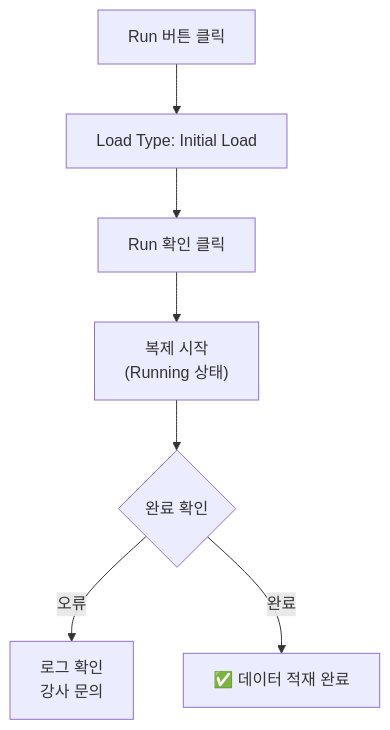
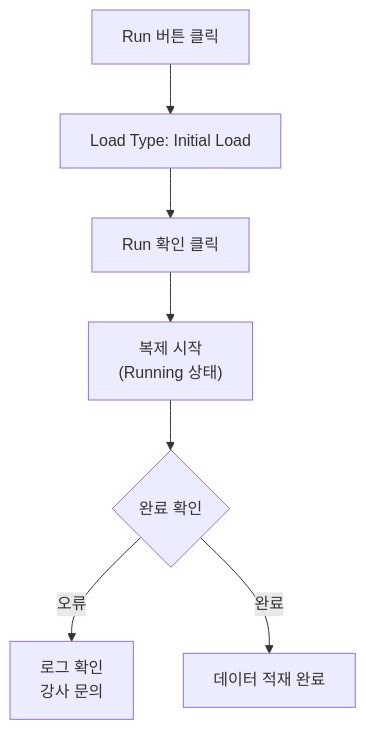
One commit to youngseols925/sap-datasphere-bdc-workshop changed the fourth of 6 diagrams in labs/lab2-replication-flow.md. Above: the diagram before and after it, drawn with Mermaid. The commit also changed other lines of this file and 5 other files, not shown here.

````diff
--- a/labs/lab2-replication-flow.md
+++ b/labs/lab2-replication-flow.md
@@ -105,9 +107,9 @@
 ```mermaid
 flowchart TD
     A["Run 버튼 클릭"] --> B["Load Type: Initial Load"]
     B --> C["Run 확인 클릭"]
     C --> D["복제 시작\n(Running 상태)"]
     D --> E{"완료 확인"}
     E -->|"오류"| F["로그 확인\n강사 문의"]
-    E -->|"완료"| G["✅ 데이터 적재 완료"]
+    E -->|"완료"| G["데이터 적재 완료"]
 ```
````
